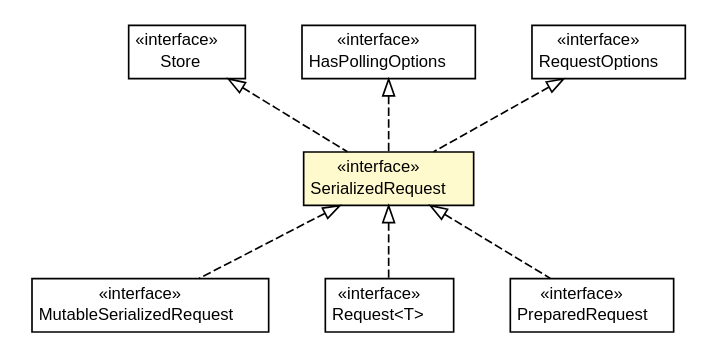
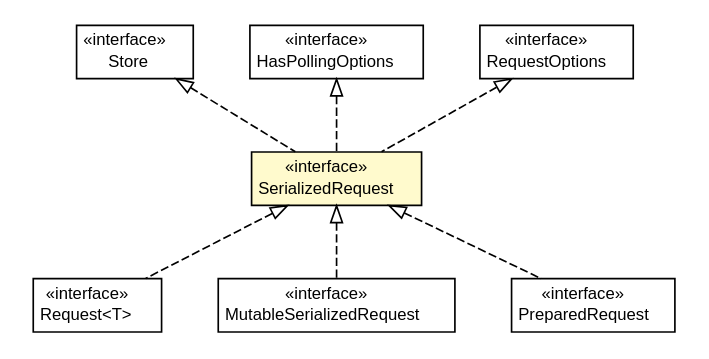
One commit to reinert/requestor changed the diagram in latest/javadoc/apidocs/io/reinert/requestor/core/SerializedRequest.dot. Above: the diagram before and after it, drawn with Graphviz. The commit also changed 1696 other files, not shown here.

```diff
--- a/latest/javadoc/apidocs/io/reinert/requestor/core/SerializedRequest.dot
+++ b/latest/javadoc/apidocs/io/reinert/requestor/core/SerializedRequest.dot
@@ -1,73 +1,73 @@
 #!/usr/local/bin/dot
 #
 # Class diagram 
 # Generated by UMLGraph version R5_6-24-gf6e263 (http://www.umlgraph.org/)
 #
 
 digraph G {
 	edge [fontname="Helvetica",fontsize=10,labelfontname="Helvetica",labelfontsize=10];
 	node [fontname="Helvetica",fontsize=10,shape=plaintext];
 	nodesep=0.25;
 	ranksep=0.5;
+	// io.reinert.requestor.core.Request<T>
+	c77506 [label=<<table title="io.reinert.requestor.core.Request" border="0" cellborder="1" cellspacing="0" cellpadding="2" port="p" href="./Request.html">
+		<tr><td><table border="0" cellspacing="0" cellpadding="1">
+<tr><td align="center" balign="center"> &#171;interface&#187; </td></tr>
+<tr><td align="center" balign="center"> Request&lt;T&gt; </td></tr>
+		</table></td></tr>
+		</table>>, URL="./Request.html", fontname="Helvetica", fontcolor="black", fontsize=10.0];
 	// io.reinert.requestor.core.Store
-	c76419 [label=<<table title="io.reinert.requestor.core.Store" border="0" cellborder="1" cellspacing="0" cellpadding="2" port="p" href="./Store.html">
+	c77512 [label=<<table title="io.reinert.requestor.core.Store" border="0" cellborder="1" cellspacing="0" cellpadding="2" port="p" href="./Store.html">
 		<tr><td><table border="0" cellspacing="0" cellpadding="1">
 <tr><td align="center" balign="center"> &#171;interface&#187; </td></tr>
 <tr><td align="center" balign="center"> Store </td></tr>
 		</table></td></tr>
 		</table>>, URL="./Store.html", fontname="Helvetica", fontcolor="black", fontsize=10.0];
 	// io.reinert.requestor.core.MutableSerializedRequest
-	c76435 [label=<<table title="io.reinert.requestor.core.MutableSerializedRequest" border="0" cellborder="1" cellspacing="0" cellpadding="2" port="p" href="./MutableSerializedRequest.html">
+	c77526 [label=<<table title="io.reinert.requestor.core.MutableSerializedRequest" border="0" cellborder="1" cellspacing="0" cellpadding="2" port="p" href="./MutableSerializedRequest.html">
 		<tr><td><table border="0" cellspacing="0" cellpadding="1">
 <tr><td align="center" balign="center"> &#171;interface&#187; </td></tr>
 <tr><td align="center" balign="center"> MutableSerializedRequest </td></tr>
 		</table></td></tr>
 		</table>>, URL="./MutableSerializedRequest.html", fontname="Helvetica", fontcolor="black", fontsize=10.0];
+	// io.reinert.requestor.core.PreparedRequest
+	c77540 [label=<<table title="io.reinert.requestor.core.PreparedRequest" border="0" cellborder="1" cellspacing="0" cellpadding="2" port="p" href="./PreparedRequest.html">
+		<tr><td><table border="0" cellspacing="0" cellpadding="1">
+<tr><td align="center" balign="center"> &#171;interface&#187; </td></tr>
+<tr><td align="center" balign="center"> PreparedRequest </td></tr>
+		</table></td></tr>
+		</table>>, URL="./PreparedRequest.html", fontname="Helvetica", fontcolor="black", fontsize=10.0];
+	// io.reinert.requestor.core.HasPollingOptions
+	c77561 [label=<<table title="io.reinert.requestor.core.HasPollingOptions" border="0" cellborder="1" cellspacing="0" cellpadding="2" port="p" href="./HasPollingOptions.html">
+		<tr><td><table border="0" cellspacing="0" cellpadding="1">
+<tr><td align="center" balign="center"> &#171;interface&#187; </td></tr>
+<tr><td align="center" balign="center"> HasPollingOptions </td></tr>
+		</table></td></tr>
+		</table>>, URL="./HasPollingOptions.html", fontname="Helvetica", fontcolor="black", fontsize=10.0];
 	// io.reinert.requestor.core.SerializedRequest
-	c76444 [label=<<table title="io.reinert.requestor.core.SerializedRequest" border="0" cellborder="1" cellspacing="0" cellpadding="2" port="p" bgcolor="lemonChiffon" href="./SerializedRequest.html">
+	c77563 [label=<<table title="io.reinert.requestor.core.SerializedRequest" border="0" cellborder="1" cellspacing="0" cellpadding="2" port="p" bgcolor="lemonChiffon" href="./SerializedRequest.html">
 		<tr><td><table border="0" cellspacing="0" cellpadding="1">
 <tr><td align="center" balign="center"> &#171;interface&#187; </td></tr>
 <tr><td align="center" balign="center"> SerializedRequest </td></tr>
 		</table></td></tr>
 		</table>>, URL="./SerializedRequest.html", fontname="Helvetica", fontcolor="black", fontsize=10.0];
-	// io.reinert.requestor.core.HasPollingOptions
-	c76470 [label=<<table title="io.reinert.requestor.core.HasPollingOptions" border="0" cellborder="1" cellspacing="0" cellpadding="2" port="p" href="./HasPollingOptions.html">
-		<tr><td><table border="0" cellspacing="0" cellpadding="1">
-<tr><td align="center" balign="center"> &#171;interface&#187; </td></tr>
-<tr><td align="center" balign="center"> HasPollingOptions </td></tr>
-		</table></td></tr>
-		</table>>, URL="./HasPollingOptions.html", fontname="Helvetica", fontcolor="black", fontsize=10.0];
-	// io.reinert.requestor.core.Request<T>
-	c76471 [label=<<table title="io.reinert.requestor.core.Request" border="0" cellborder="1" cellspacing="0" cellpadding="2" port="p" href="./Request.html">
-		<tr><td><table border="0" cellspacing="0" cellpadding="1">
-<tr><td align="center" balign="center"> &#171;interface&#187; </td></tr>
-<tr><td align="center" balign="center"> Request&lt;T&gt; </td></tr>
-		</table></td></tr>
-		</table>>, URL="./Request.html", fontname="Helvetica", fontcolor="black", fontsize=10.0];
 	// io.reinert.requestor.core.RequestOptions
-	c76511 [label=<<table title="io.reinert.requestor.core.RequestOptions" border="0" cellborder="1" cellspacing="0" cellpadding="2" port="p" href="./RequestOptions.html">
+	c77589 [label=<<table title="io.reinert.requestor.core.RequestOptions" border="0" cellborder="1" cellspacing="0" cellpadding="2" port="p" href="./RequestOptions.html">
 		<tr><td><table border="0" cellspacing="0" cellpadding="1">
 <tr><td align="center" balign="center"> &#171;interface&#187; </td></tr>
 <tr><td align="center" balign="center"> RequestOptions </td></tr>
 		</table></td></tr>
 		</table>>, URL="./RequestOptions.html", fontname="Helvetica", fontcolor="black", fontsize=10.0];
-	// io.reinert.requestor.core.PreparedRequest
-	c76518 [label=<<table title="io.reinert.requestor.core.PreparedRequest" border="0" cellborder="1" cellspacing="0" cellpadding="2" port="p" href="./PreparedRequest.html">
-		<tr><td><table border="0" cellspacing="0" cellpadding="1">
-<tr><td align="center" balign="center"> &#171;interface&#187; </td></tr>
-<tr><td align="center" balign="center"> PreparedRequest </td></tr>
-		</table></td></tr>
-		</table>>, URL="./PreparedRequest.html", fontname="Helvetica", fontcolor="black", fontsize=10.0];
+	//io.reinert.requestor.core.Request<T> implements io.reinert.requestor.core.SerializedRequest
+	c77563:p -> c77506:p [dir=back,arrowtail=empty,style=dashed];
 	//io.reinert.requestor.core.MutableSerializedRequest implements io.reinert.requestor.core.SerializedRequest
-	c76444:p -> c76435:p [dir=back,arrowtail=empty,style=dashed];
+	c77563:p -> c77526:p [dir=back,arrowtail=empty,style=dashed];
+	//io.reinert.requestor.core.PreparedRequest implements io.reinert.requestor.core.SerializedRequest
+	c77563:p -> c77540:p [dir=back,arrowtail=empty,style=dashed];
 	//io.reinert.requestor.core.SerializedRequest implements io.reinert.requestor.core.RequestOptions
-	c76511:p -> c76444:p [dir=back,arrowtail=empty,style=dashed];
+	c77589:p -> c77563:p [dir=back,arrowtail=empty,style=dashed];
 	//io.reinert.requestor.core.SerializedRequest implements io.reinert.requestor.core.HasPollingOptions
-	c76470:p -> c76444:p [dir=back,arrowtail=empty,style=dashed];
+	c77561:p -> c77563:p [dir=back,arrowtail=empty,style=dashed];
 	//io.reinert.requestor.core.SerializedRequest implements io.reinert.requestor.core.Store
-	c76419:p -> c76444:p [dir=back,arrowtail=empty,style=dashed];
-	//io.reinert.requestor.core.Request<T> implements io.reinert.requestor.core.SerializedRequest
-	c76444:p -> c76471:p [dir=back,arrowtail=empty,style=dashed];
-	//io.reinert.requestor.core.PreparedRequest implements io.reinert.requestor.core.SerializedRequest
-	c76444:p -> c76518:p [dir=back,arrowtail=empty,style=dashed];
+	c77512:p -> c77563:p [dir=back,arrowtail=empty,style=dashed];
 }
```
